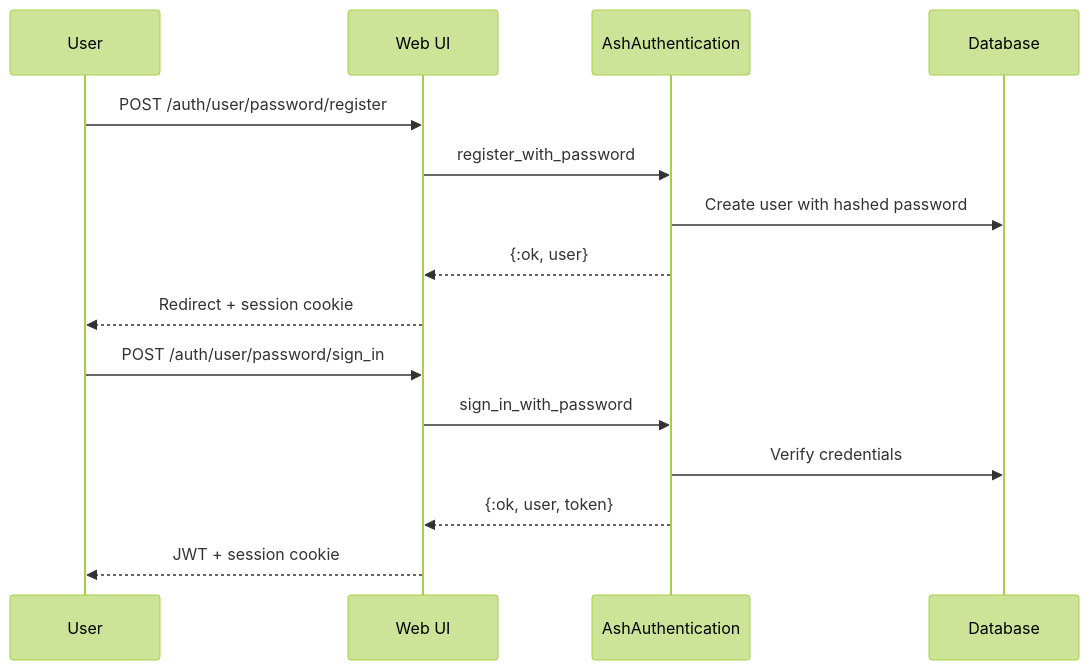
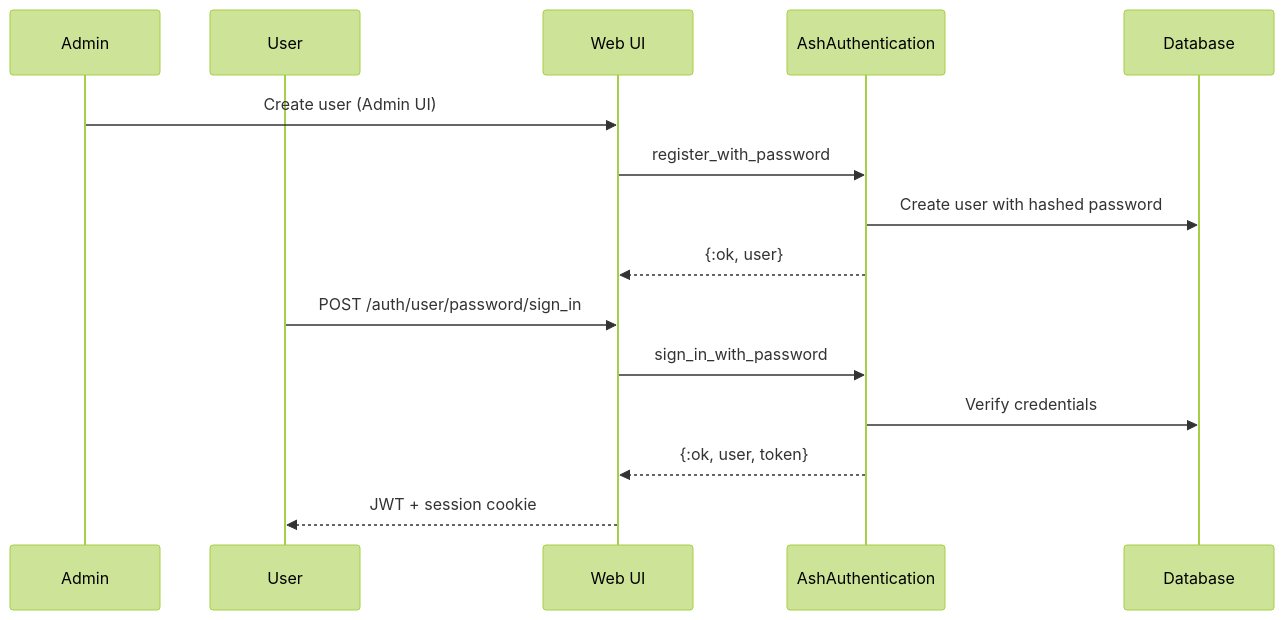
Before and after one commit to carverauto/serviceradar: the first of 2 diagrams in docs/docs/ash-authentication.md, drawn with Mermaid (forest theme). The commit also changed other lines of this file and 41 other files, not shown here.

````diff
--- a/docs/docs/ash-authentication.md
+++ b/docs/docs/ash-authentication.md
@@ -16,19 +16,19 @@
 ```mermaid
 sequenceDiagram
+    participant Admin
     participant User
     participant Web as Web UI
     participant Auth as AshAuthentication
     participant DB as Database
 
-    User->>Web: POST /auth/user/password/register
+    Admin->>Web: Create user (Admin UI)
     Web->>Auth: register_with_password
     Auth->>DB: Create user with hashed password
     Auth-->>Web: {:ok, user}
-    Web-->>User: Redirect + session cookie
 
     User->>Web: POST /auth/user/password/sign_in
     Web->>Auth: sign_in_with_password
     Auth->>DB: Verify credentials
     Auth-->>Web: {:ok, user, token}
     Web-->>User: JWT + session cookie
 ```
````
